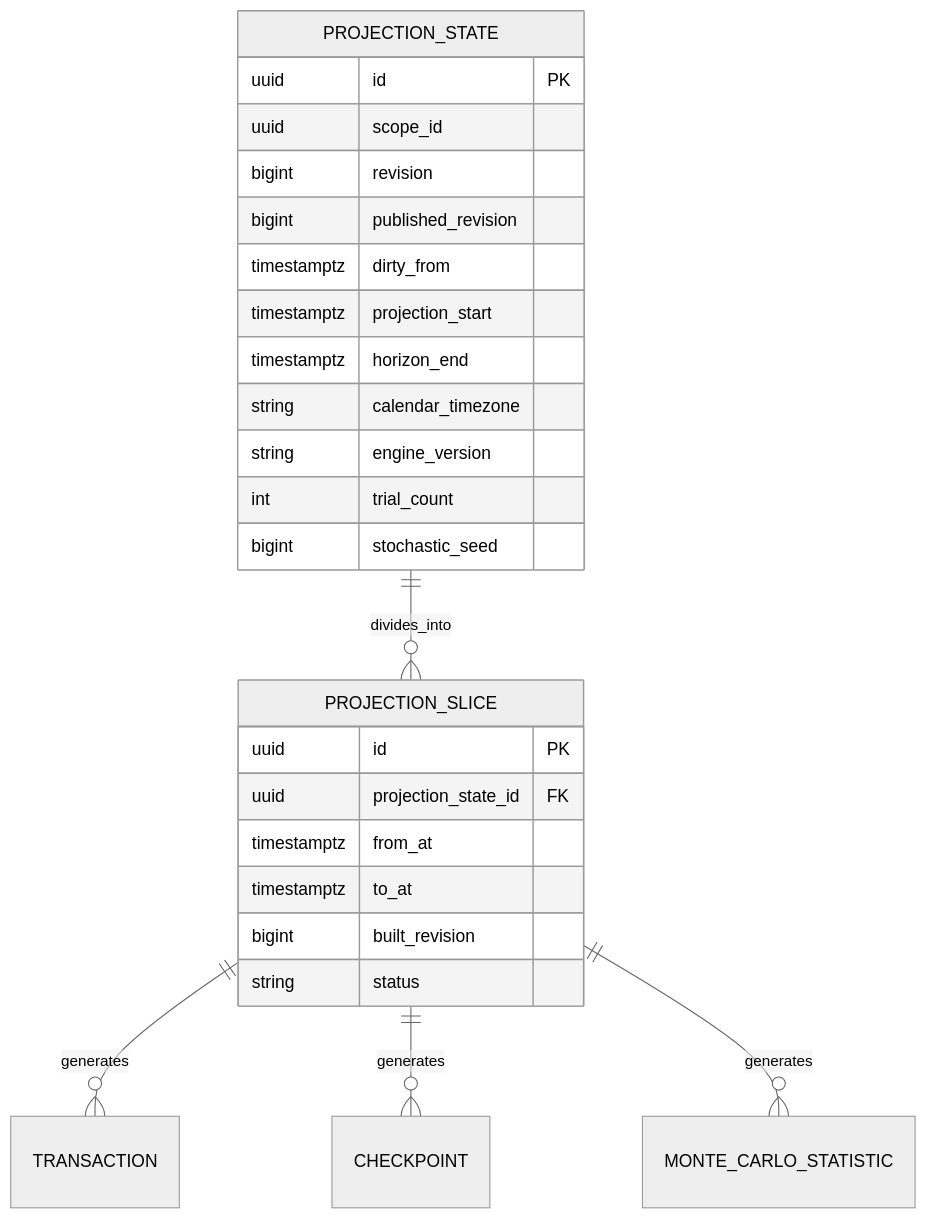
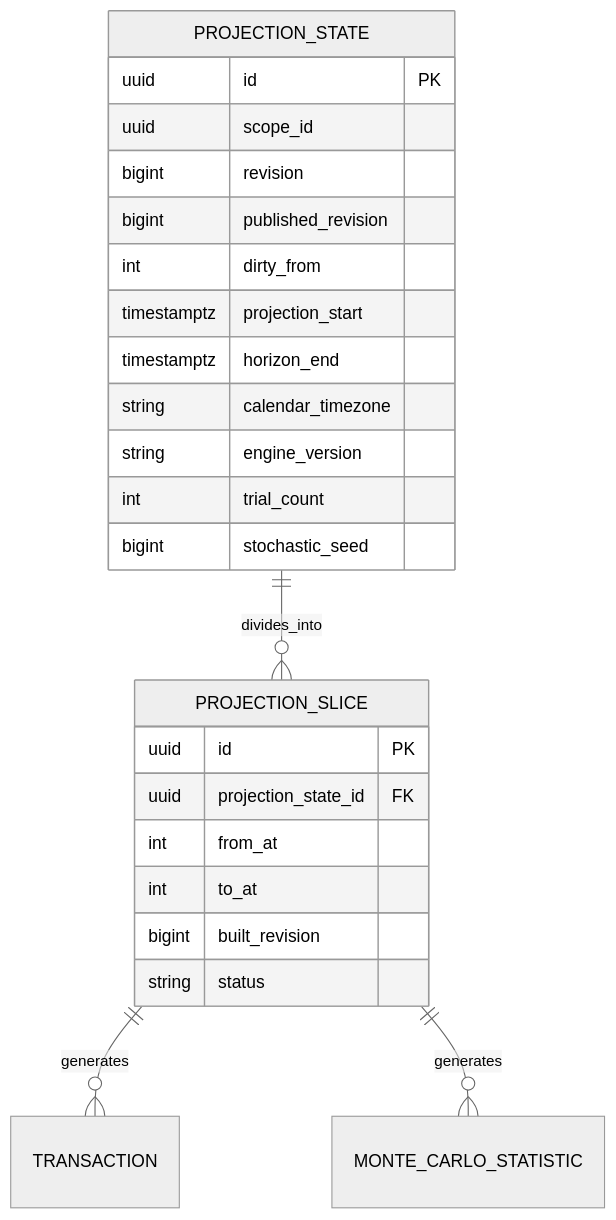
The fourth of 4 diagrams in docs/unified-projection.md (SimHoZebs/net-worth-estimator), drawn with Mermaid (neutral theme) before and after one commit. The commit also changed other lines of this file and 67 other files, not shown here.

First line of the commit message:
docs(projection): unified architecture visuals and migration notes

````diff
--- a/docs/unified-projection.md
+++ b/docs/unified-projection.md
@@ -128,29 +152,28 @@
 ```mermaid
 erDiagram
     PROJECTION_STATE ||--o{ PROJECTION_SLICE : divides_into
     PROJECTION_SLICE ||--o{ TRANSACTION : generates
-    PROJECTION_SLICE ||--o{ CHECKPOINT : generates
     PROJECTION_SLICE ||--o{ MONTE_CARLO_STATISTIC : generates
 
     PROJECTION_STATE {
         uuid id PK
         uuid scope_id
         bigint revision
         bigint published_revision
-        timestamptz dirty_from
+        int dirty_from
         timestamptz projection_start
         timestamptz horizon_end
         string calendar_timezone
         string engine_version
         int trial_count
         bigint stochastic_seed
     }
     PROJECTION_SLICE {
         uuid id PK
         uuid projection_state_id FK
-        timestamptz from_at
-        timestamptz to_at
+        int from_at
+        int to_at
         bigint built_revision
         string status
     }
 ```
````
